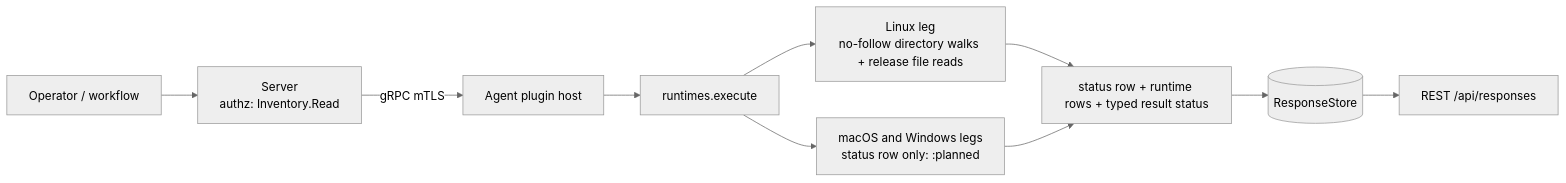
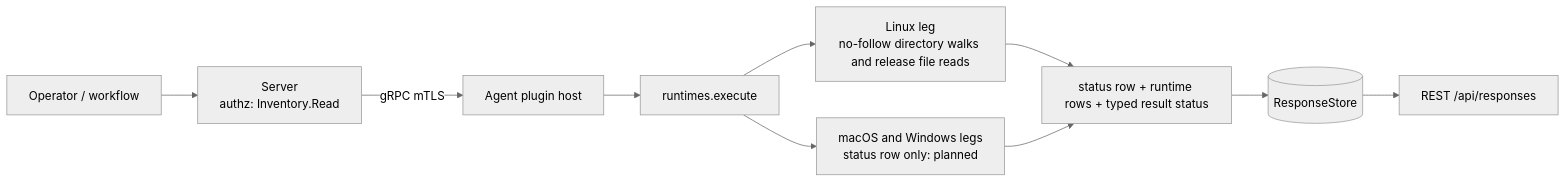
Before and after one commit to DevNullLtd/Yuzu: the first of 3 diagrams in agents/plugins/runtimes/README.md, drawn with Mermaid (neutral theme). The commit also changed other lines of this file and 5 other files, not shown here.

````diff
--- a/agents/plugins/runtimes/README.md
+++ b/agents/plugins/runtimes/README.md
@@ -21,8 +19,8 @@
 ```mermaid
 flowchart LR
   OP[Operator / workflow] --> SRV[Server<br/>authz: Inventory.Read]
   SRV -- gRPC mTLS --> HOST[Agent plugin host] --> EX[runtimes.execute]
-  EX --> LIN[Linux leg<br/>no-follow directory walks + release file reads]
-  EX --> PLN[macOS and Windows legs<br/>status row only: <os>:planned]
+  EX --> LIN[Linux leg<br/>no-follow directory walks and release file reads]
+  EX --> PLN["macOS and Windows legs<br/>status row only: planned"]
   LIN & PLN --> ROWS[status row + runtime rows + typed result status] --> RS[(ResponseStore)] --> API[REST /api/responses]
 ```
````
